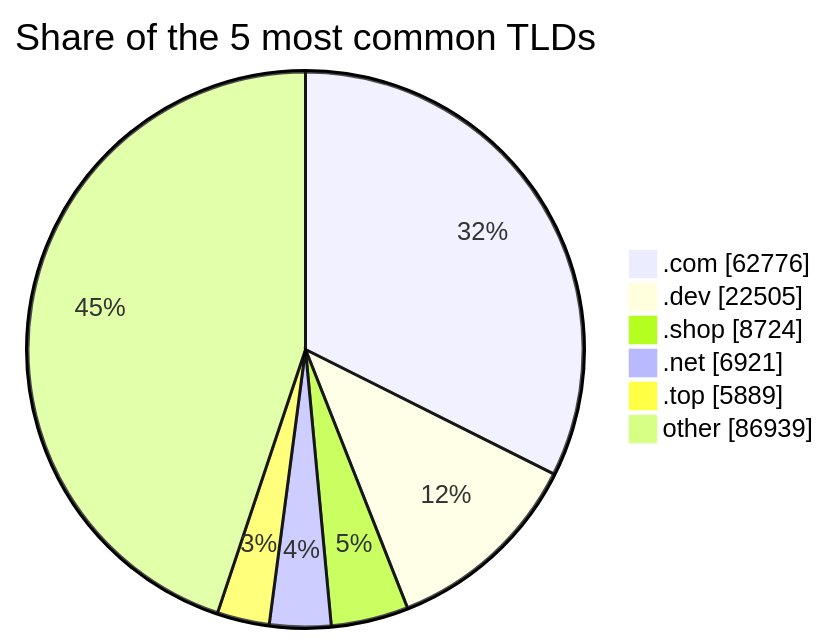
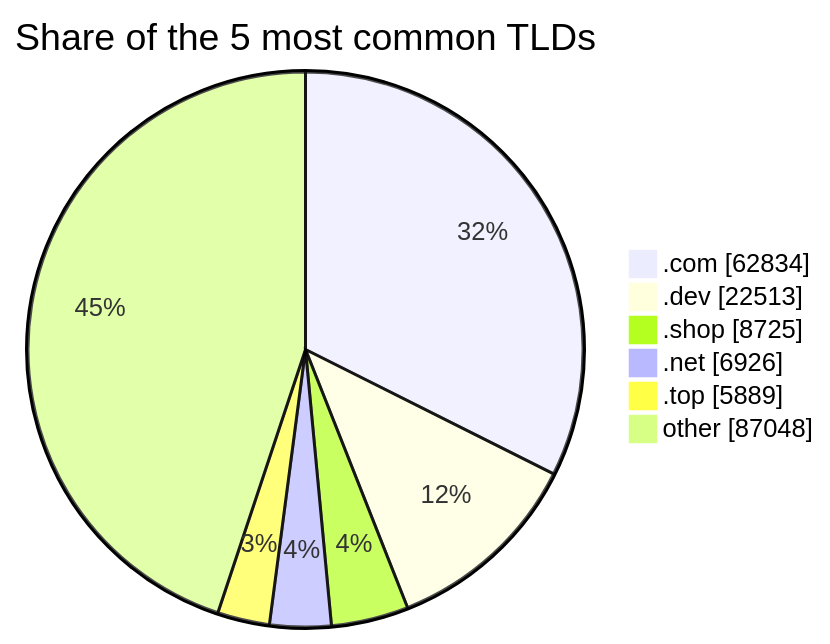
One commit to DNSBunker/CTI changed the third of 3 diagrams in README.md. Above: the diagram before and after it, drawn with Mermaid. The commit also changed other lines of this file and 3 other files, not shown here.

````diff
--- a/README.md
+++ b/README.md
@@ -81,9 +81,9 @@
 ```mermaid
 pie showData title Share of the 5 most common TLDs
-    ".com" : 62776
-    ".dev" : 22505
-    ".shop" : 8724
-    ".net" : 6921
+    ".com" : 62834
+    ".dev" : 22513
+    ".shop" : 8725
+    ".net" : 6926
     ".top" : 5889
-    "other" : 86939
+    "other" : 87048
 ```
````
